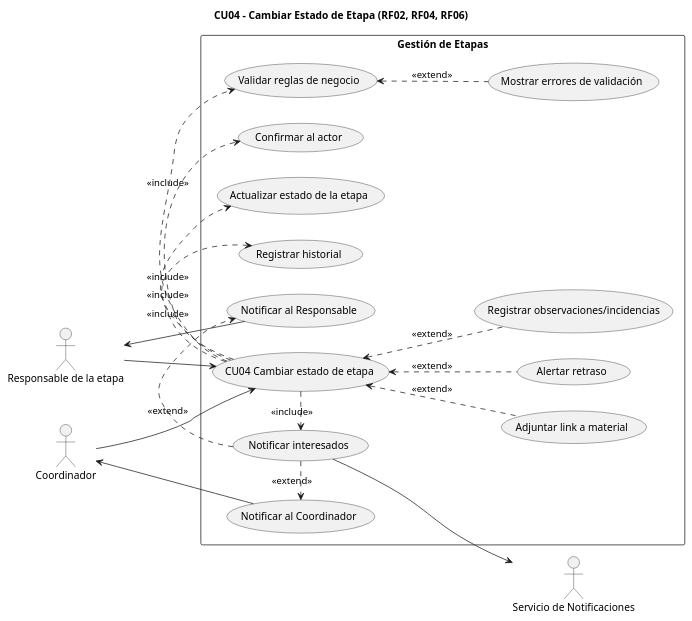
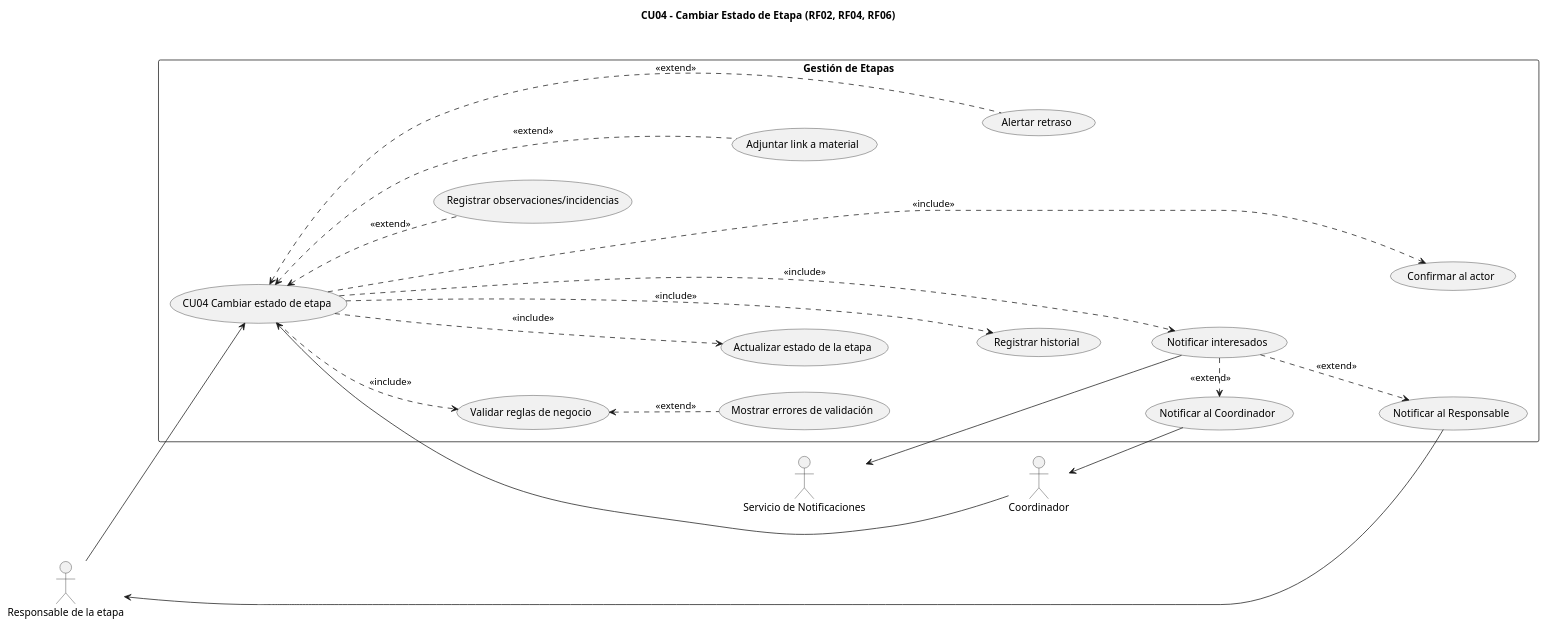
Before and after one commit to dantebiondi666-prog/SistemaProductoraVideos: the diagram in diagramas/02-casos-de-uso/02-caso-uso-cambiar-estado-etapa-04.puml, drawn with PlantUML. The commit also changed 13 other files, not shown here.

Commit message:
correccion de estructura de flechas de los diagramas de caso de uso

```diff
--- a/diagramas/02-casos-de-uso/02-caso-uso-cambiar-estado-etapa-04.puml
+++ b/diagramas/02-casos-de-uso/02-caso-uso-cambiar-estado-etapa-04.puml
@@ -1,46 +1,63 @@
 @startuml Cambiar_Estado_de_Etapa
 title CU04 – Cambiar Estado de Etapa (RF02, RF04, RF06)
 left to right direction
-
 
 actor "Responsable de la etapa" as Responsable
 actor Coordinador
 actor "Servicio de Notificaciones" as Notif
 
 rectangle "Gestión de Etapas" {
   usecase "CU04 Cambiar estado de etapa" as CU04
   usecase "Validar reglas de negocio" as UC_Validar
   usecase "Actualizar estado de la etapa" as UC_Actualizar
   usecase "Registrar historial" as UC_Historial
   usecase "Notificar interesados" as UC_Notificar
   usecase "Confirmar al actor" as UC_Confirmar
+
   usecase "Mostrar errores de validación" as UC_Errores
   usecase "Registrar observaciones/incidencias" as UC_Obs
   usecase "Adjuntar link a material" as UC_Link
   usecase "Alertar retraso" as UC_Retraso
+
   usecase "Notificar al Coordinador" as UC_NotifCoord
   usecase "Notificar al Responsable" as UC_NotifResp
+
+  ' --- Flechas ocultas para ordenar y evitar cruces ---
+  CU04        -[hidden]-> UC_Validar
+  UC_Validar  -[hidden]-> UC_Actualizar
+  UC_Actualizar-[hidden]-> UC_Historial
+  UC_Historial-[hidden]-> UC_Notificar
+  UC_Notificar-[hidden]-> UC_Confirmar
+
+  UC_Errores -[hidden]-> UC_Validar
+
+  UC_Obs  -[hidden]-> UC_Link
+  UC_Link -[hidden]-> UC_Retraso
+
+  UC_NotifCoord -[hidden]-> UC_NotifResp
 }
 
 Responsable --> CU04
 Coordinador --> CU04
 
 CU04 .> UC_Validar   : <<include>>
 CU04 .> UC_Actualizar: <<include>>
 CU04 .> UC_Historial : <<include>>
 CU04 .> UC_Notificar : <<include>>
 CU04 .> UC_Confirmar : <<include>>
 
-
-UC_Validar <.. UC_Errores : <<extend>> 
-CU04 <.. UC_Obs    : <<extend>> 
+UC_Validar <.. UC_Errores : <<extend>>
+CU04 <.. UC_Obs    : <<extend>>
 CU04 <.. UC_Link   : <<extend>>
-CU04 <.. UC_Retraso: <<extend>> 
+CU04 <.. UC_Retraso: <<extend>>
 
 UC_Notificar --> Notif
-UC_Notificar .> UC_NotifCoord : <<extend>> 
-UC_Notificar .> UC_NotifResp  : <<extend>> 
+UC_Notificar .> UC_NotifCoord : <<extend>>
+UC_Notificar .> UC_NotifResp  : <<extend>>
 Coordinador  <-- UC_NotifCoord
 Responsable  <-- UC_NotifResp
 
+' --- Flecha oculta extra para espaciar actores externos ---
+Notif -[hidden]-> Coordinador
+
 @enduml
```
